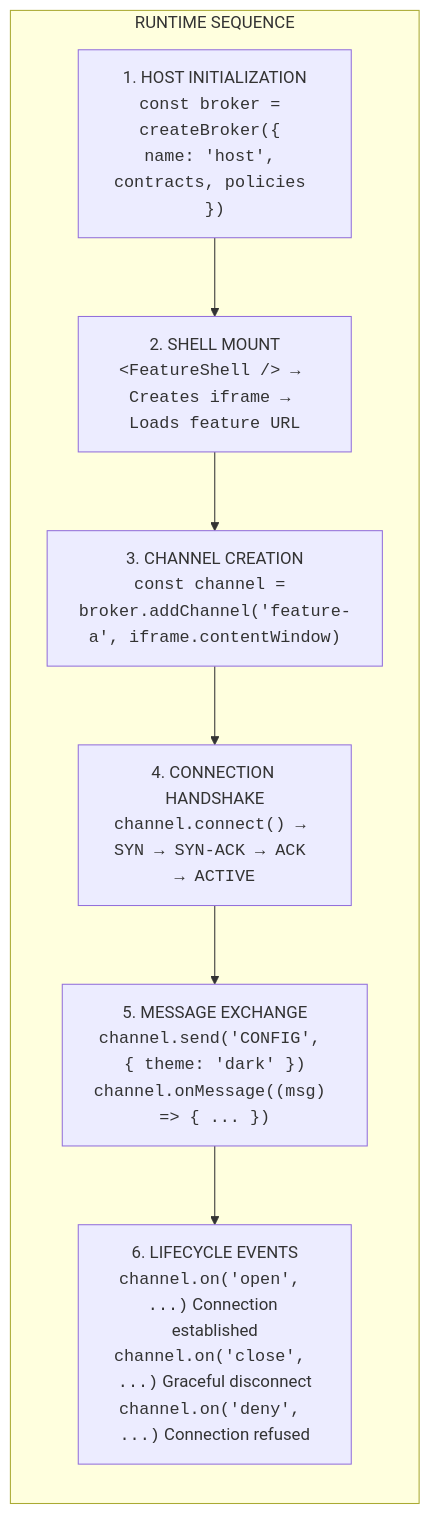
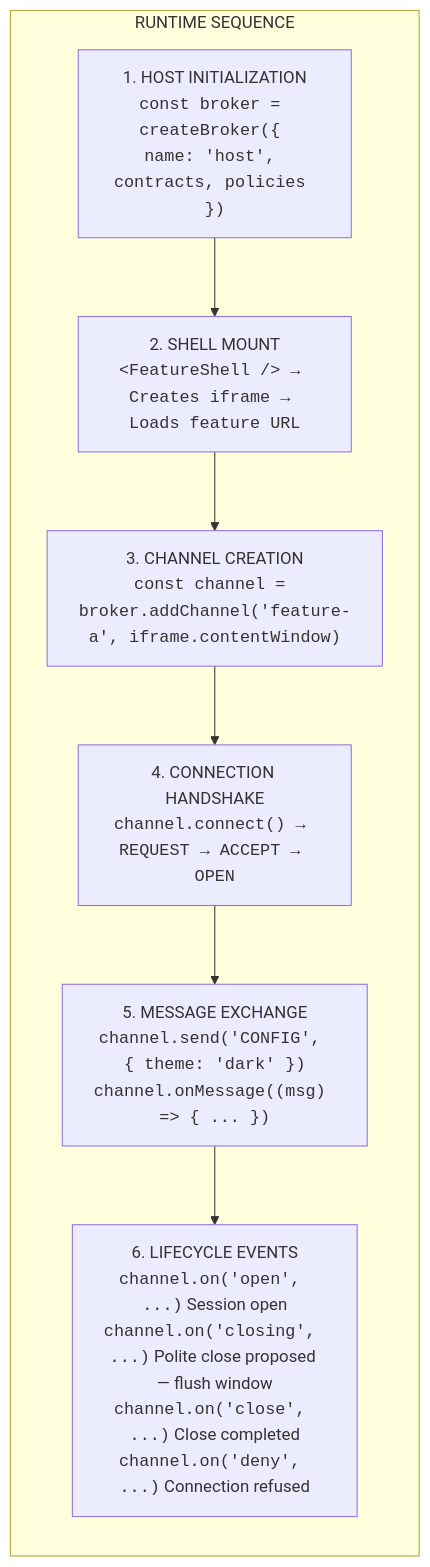
The seventh of 8 diagrams in ARCHITECTURE.md (AndrewRedican/hyperfrontend), drawn with Mermaid before and after one commit. The commit also changed other lines of this file, not shown here.

Commit message:
docs(@hyperfrontend/workspace): rewrite the architecture overview to the canonical session model

````diff
--- a/ARCHITECTURE.md
+++ b/ARCHITECTURE.md
@@ -291,14 +342,14 @@
 ```mermaid
 flowchart TB
     subgraph runtime["RUNTIME SEQUENCE"]
         direction TB
         step1["1. HOST INITIALIZATION<br/><code>const broker = createBroker({ name: 'host', contracts, policies })</code>"]
         step2["2. SHELL MOUNT<br/><code>&lt;FeatureShell /&gt; → Creates iframe → Loads feature URL</code>"]
         step3["3. CHANNEL CREATION<br/><code>const channel = broker.addChannel('feature-a', iframe.contentWindow)</code>"]
-        step4["4. CONNECTION HANDSHAKE<br/><code>channel.connect() → SYN → SYN-ACK → ACK → ACTIVE</code>"]
+        step4["4. CONNECTION HANDSHAKE<br/><code>channel.connect() → REQUEST → ACCEPT → OPEN</code>"]
         step5["5. MESSAGE EXCHANGE<br/><code>channel.send('CONFIG', { theme: 'dark' })</code><br/><code>channel.onMessage((msg) => { ... })</code>"]
-        step6["6. LIFECYCLE EVENTS<br/><code>channel.on('open', ...)</code> Connection established<br/><code>channel.on('close', ...)</code> Graceful disconnect<br/><code>channel.on('deny', ...)</code> Connection refused"]
+        step6["6. LIFECYCLE EVENTS<br/><code>channel.on('open', ...)</code> Session open<br/><code>channel.on('closing', ...)</code> Polite close proposed — flush window<br/><code>channel.on('close', ...)</code> Close completed<br/><code>channel.on('deny', ...)</code> Connection refused"]
 
         step1 --> step2 --> step3 --> step4 --> step5 --> step6
     end
 ```
````
